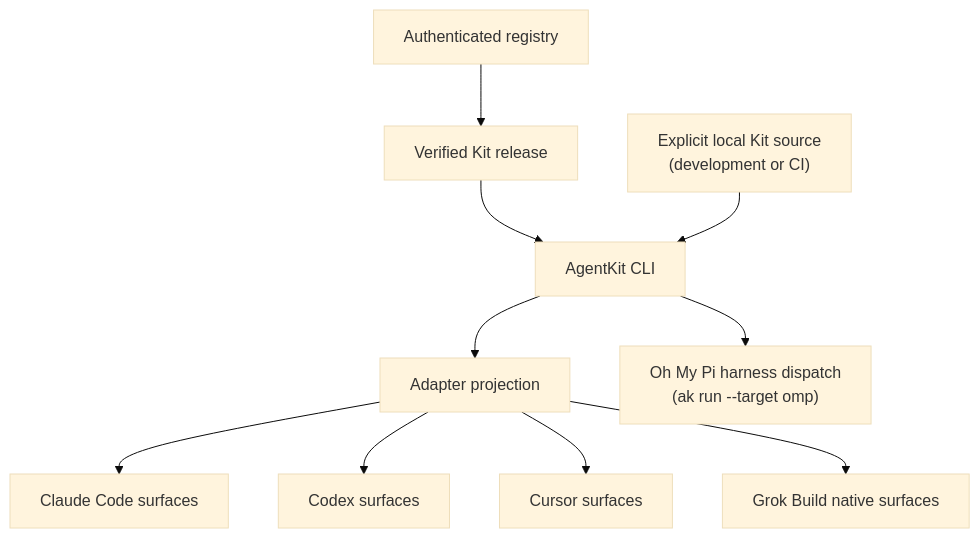
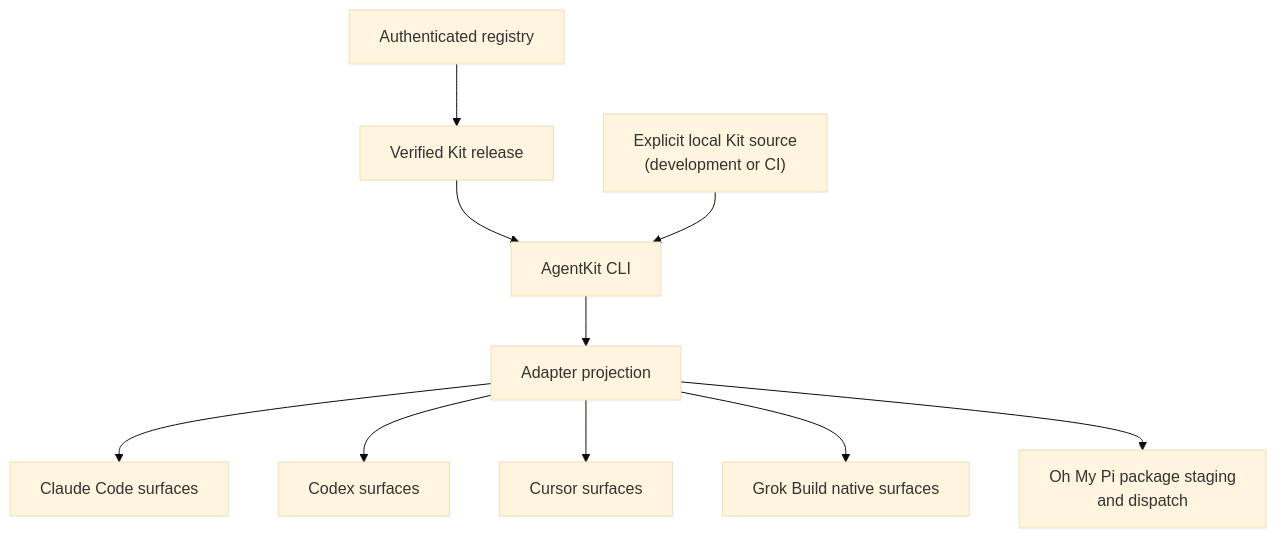
The diagram in content/docs/beta/concepts/architecture.en.mdx (bestagentkits/agentkit-docs), drawn with Mermaid (base theme) before and after one commit. The commit also changed other lines of this file and 36 other files, not shown here.

````diff
--- a/content/docs/beta/concepts/architecture.en.mdx
+++ b/content/docs/beta/concepts/architecture.en.mdx
@@ -10,14 +10,14 @@
 ```mermaid
 flowchart TB
   accTitle: From a Kit source to runtime surfaces
   accDescr: An authenticated registry supplies verified Kit releases for released targets, while an explicit local source supplies Kits for development-only targets. The AgentKit CLI projects each Kit through a runtime adapter.
   registry["Authenticated registry"] --> release["Verified Kit release"]
   release --> cli["AgentKit CLI"]
   local["Explicit local Kit source<br/>(development or CI)"] --> cli
   cli --> adapter["Adapter projection"]
   adapter --> claude["Claude Code surfaces"]
   adapter --> codex["Codex surfaces"]
   adapter --> cursor["Cursor surfaces"]
   adapter --> grok["Grok Build native surfaces"]
-  cli --> omp["Oh My Pi harness dispatch<br/>(ak run --target omp)"]
+  adapter --> omp["Oh My Pi package staging<br/>and dispatch"]
 ```
````
